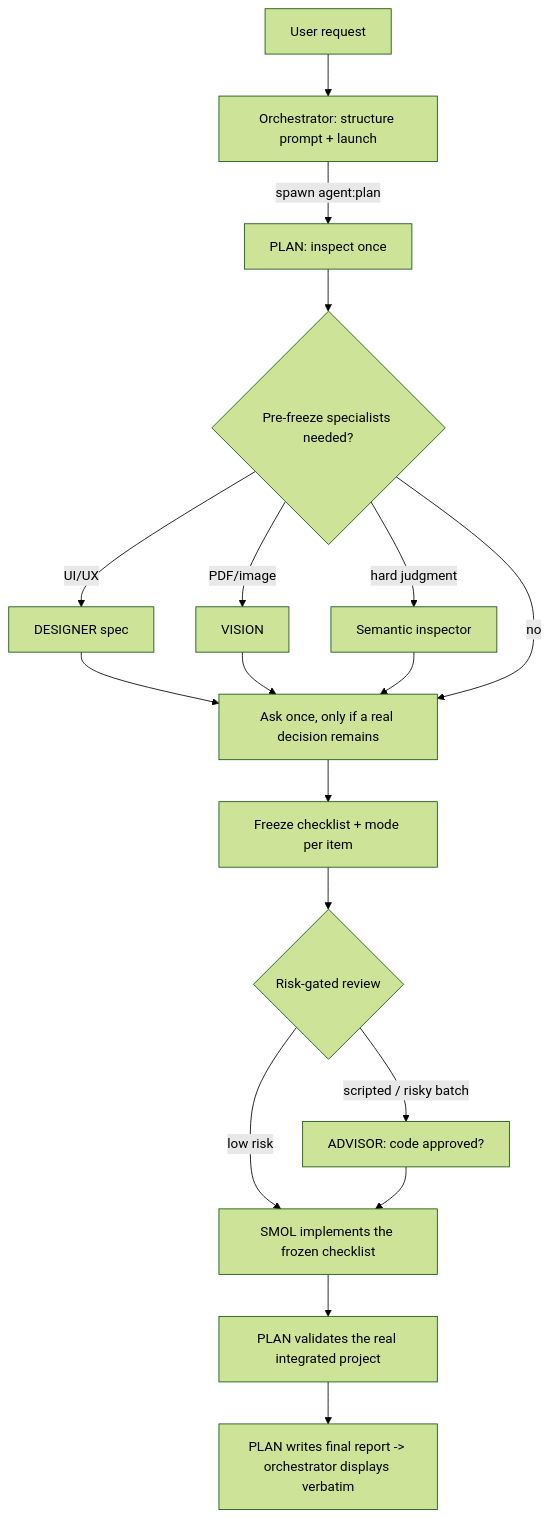
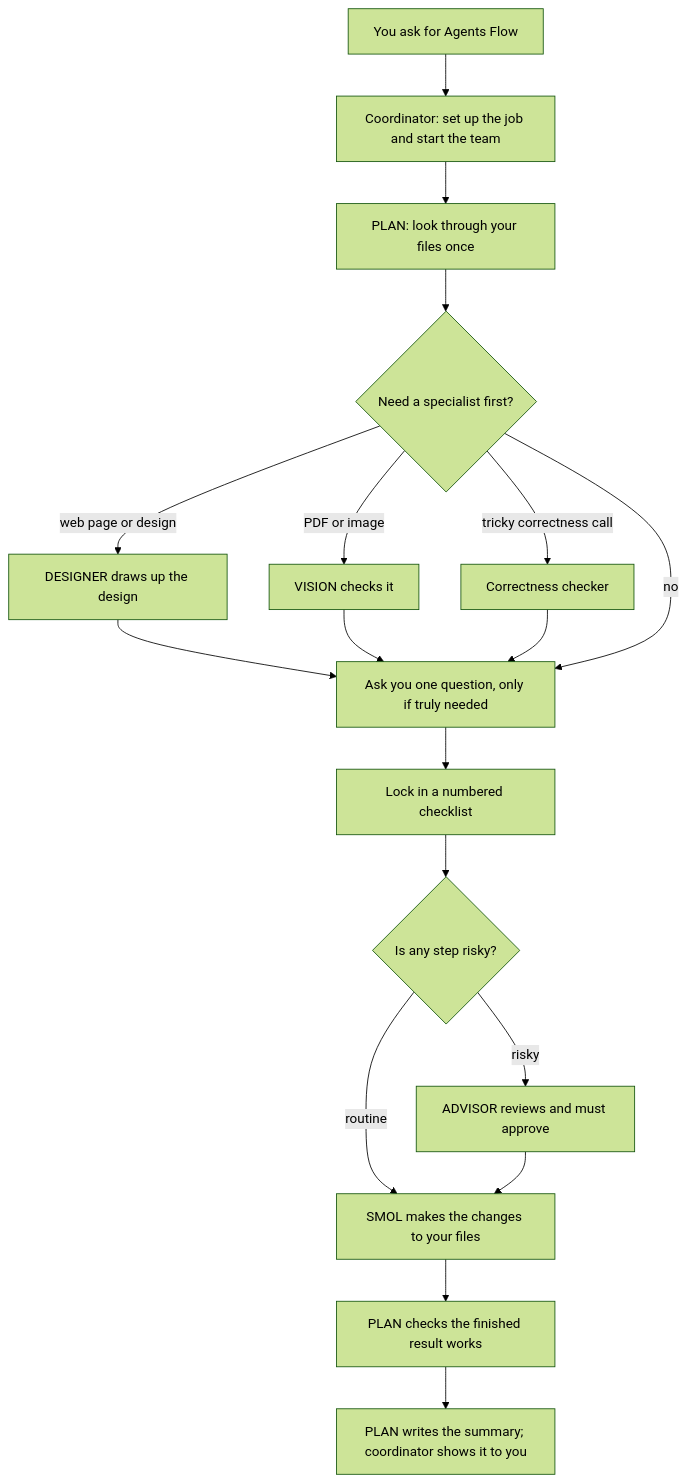
The diagram in README.md (xzhang17/agentsflow), drawn with Mermaid (forest theme) before and after one commit. The commit also changed other lines of this file, not shown here.

Commit message:
Rewrite README in plain English (remove agent/AI jargon)

````diff
--- a/README.md
+++ b/README.md
@@ -60,20 +68,20 @@
 ```mermaid
 flowchart TD
-    U[User request] --> O[Orchestrator: structure prompt + launch]
-    O -->|spawn agent:plan| P[PLAN: inspect once]
-    P --> S1{Pre-freeze specialists needed?}
-    S1 -->|UI/UX| D[DESIGNER spec]
-    S1 -->|PDF/image| V[VISION]
-    S1 -->|hard judgment| I[Semantic inspector]
+    U[You ask for Agents Flow] --> O[Coordinator: set up the job and start the team]
+    O --> P[PLAN: look through your files once]
+    P --> S1{Need a specialist first?}
+    S1 -->|web page or design| D[DESIGNER draws up the design]
+    S1 -->|PDF or image| V[VISION checks it]
+    S1 -->|tricky correctness call| I[Correctness checker]
     D --> Q
     V --> Q
     I --> Q
-    S1 -->|no| Q[Ask once, only if a real decision remains]
-    Q --> F[Freeze checklist + mode per item]
-    F --> R{Risk-gated review}
-    R -->|scripted / risky batch| A[ADVISOR: code approved?]
-    R -->|low risk| SM
-    A --> SM[SMOL implements the frozen checklist]
-    SM --> PV[PLAN validates the real integrated project]
-    PV --> Rep[PLAN writes final report -> orchestrator displays verbatim]
+    S1 -->|no| Q[Ask you one question, only if truly needed]
+    Q --> F[Lock in a numbered checklist]
+    F --> R{Is any step risky?}
+    R -->|risky| A[ADVISOR reviews and must approve]
+    R -->|routine| SM
+    A --> SM[SMOL makes the changes to your files]
+    SM --> PV[PLAN checks the finished result works]
+    PV --> Rep[PLAN writes the summary; coordinator shows it to you]
 ```
````
